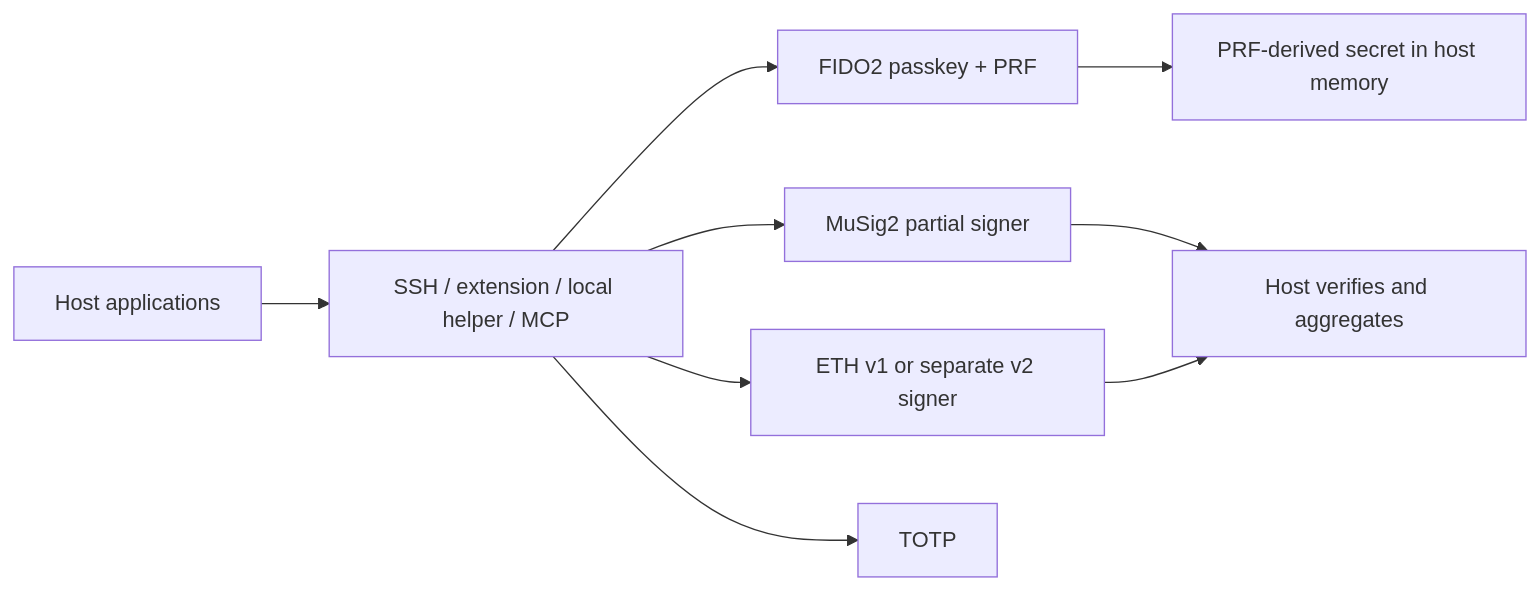
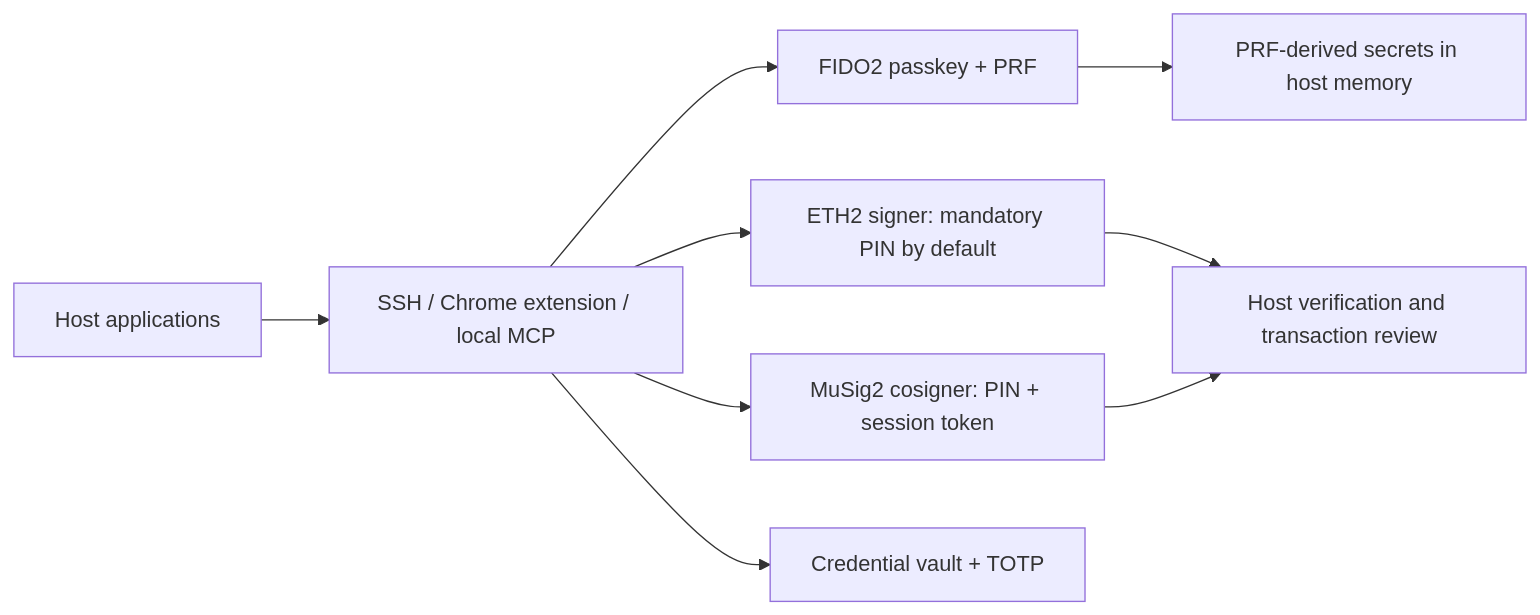
Before and after one commit to nuri-com/nuri-passkey-prf-smartcard: the diagram in README.md, drawn with Mermaid. The commit also changed other lines of this file and 58 other files, not shown here.

````diff
--- a/README.md
+++ b/README.md
@@ -8,11 +3,11 @@
 ```mermaid
 flowchart LR
-  H[Host applications] --> B[SSH / extension / local helper / MCP]
+  H[Host applications] --> B[SSH / Chrome extension / local MCP]
   B --> F[FIDO2 passkey + PRF]
-  B --> M[MuSig2 partial signer]
-  B --> E[ETH v1 or separate v2 signer]
-  B --> T[TOTP]
-  F --> D[PRF-derived secret in host memory]
-  M --> V[Host verifies and aggregates]
-  E --> V
+  B --> E[ETH2 signer: mandatory PIN by default]
+  B --> M[MuSig2 cosigner: PIN + session token]
+  B --> V[Credential vault + TOTP]
+  F --> K[PRF-derived secrets in host memory]
+  E --> R[Host verification and transaction review]
+  M --> R
 ```
````
